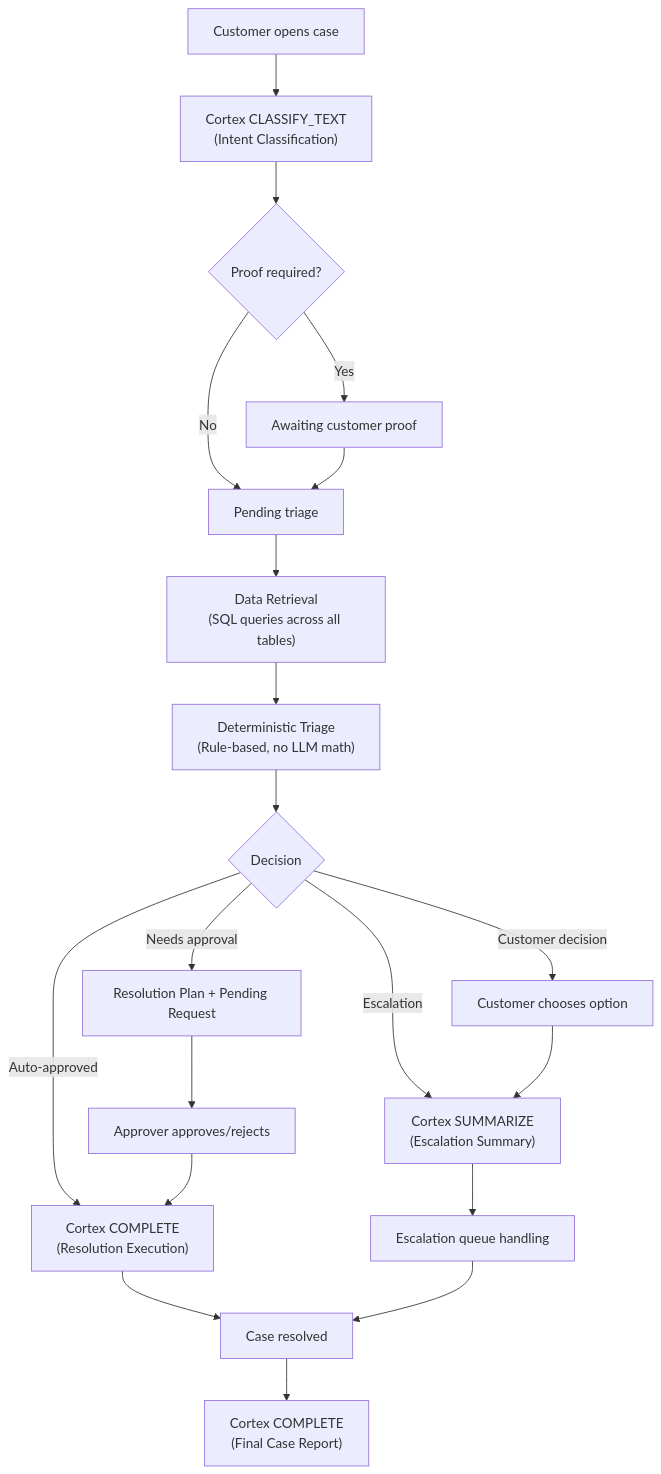
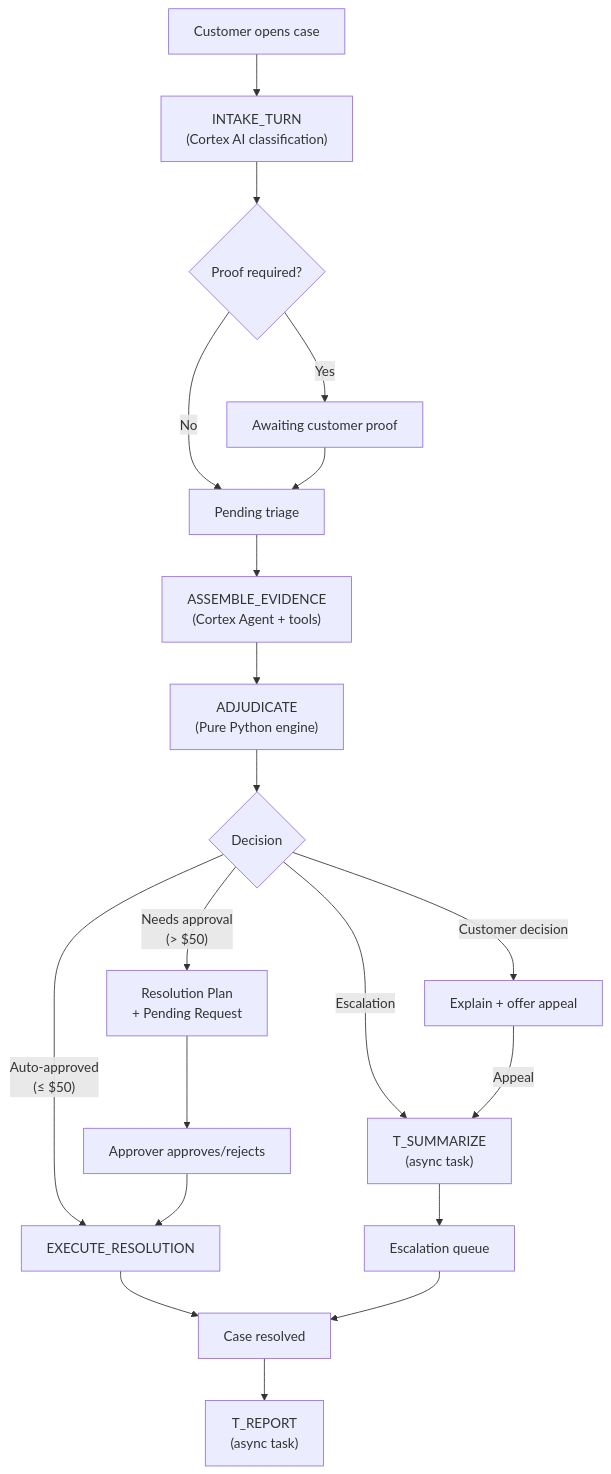
Before and after one commit to Pan-Sa-Manila/TIDE-Snowflake: the second of 2 diagrams in README.md, drawn with Mermaid. The commit also changed other lines of this file and 7 other files, not shown here.

First line of the commit message:
docs(arch): pivot to Snowflake-native architecture (Streamlit, Snowpark, Cortex AI)

````diff
--- a/README.md
+++ b/README.md
@@ -111,22 +95,22 @@
 ```mermaid
 flowchart TD
-    A[Customer opens case] --> B["Cortex CLASSIFY_TEXT<br/>(Intent Classification)"]
+    A[Customer opens case] --> B["INTAKE_TURN\n(Cortex AI classification)"]
     B --> C{Proof required?}
     C -- Yes --> D[Awaiting customer proof]
     C -- No --> E[Pending triage]
     D --> E
-    E --> F["Data Retrieval<br/>(SQL queries across all tables)"]
-    F --> G["Deterministic Triage<br/>(Rule-based, no LLM math)"]
+    E --> F["ASSEMBLE_EVIDENCE\n(Cortex Agent + tools)"]
+    F --> G["ADJUDICATE\n(Pure Python engine)"]
     G --> H{Decision}
-    H -- "Auto-approved" --> I["Cortex COMPLETE<br/>(Resolution Execution)"]
-    H -- "Needs approval" --> J["Resolution Plan + Pending Request"]
-    H -- "Customer decision" --> K[Customer chooses option]
-    H -- "Escalation" --> L["Cortex SUMMARIZE<br/>(Escalation Summary)"]
+    H -- "Auto-approved\n(≤ $50)" --> I["EXECUTE_RESOLUTION"]
+    H -- "Needs approval\n(> $50)" --> J["Resolution Plan\n+ Pending Request"]
+    H -- "Customer decision" --> K["Explain + offer appeal"]
+    H -- "Escalation" --> L["T_SUMMARIZE\n(async task)"]
     J --> M[Approver approves/rejects]
     M --> I
-    K --> L
+    K -- Appeal --> L
     I --> N[Case resolved]
-    L --> O[Escalation queue handling]
+    L --> O[Escalation queue]
     O --> N
-    N --> P["Cortex COMPLETE<br/>(Final Case Report)"]
+    N --> P["T_REPORT\n(async task)"]
 ```
````
